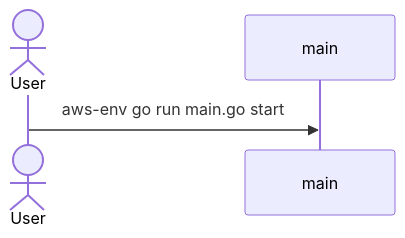
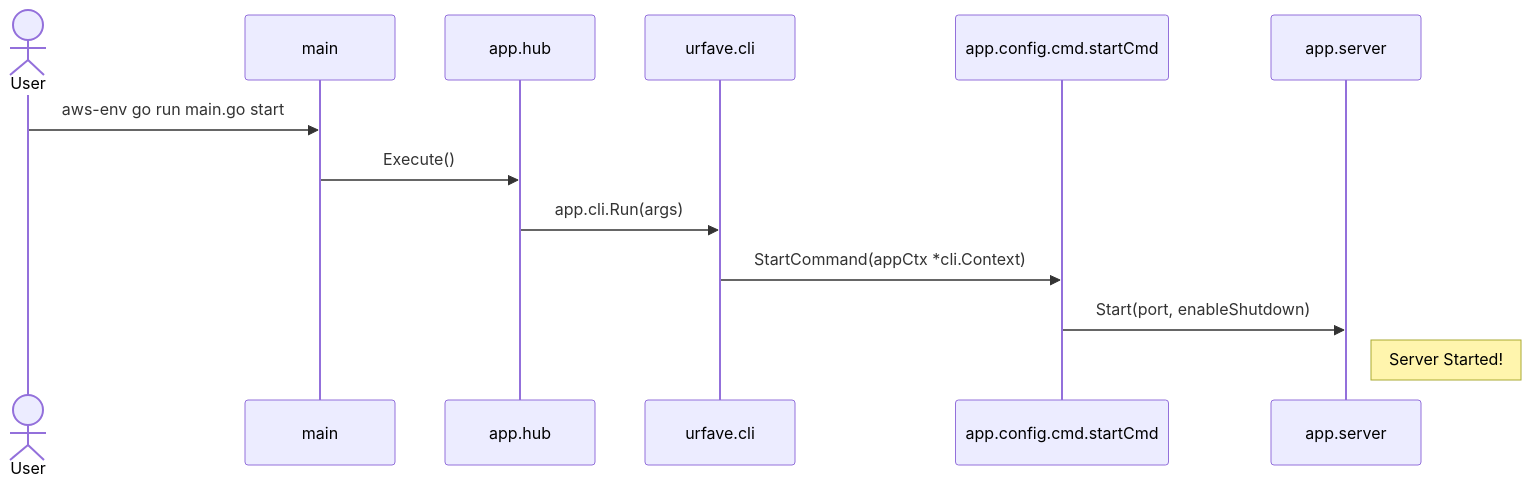
One commit to rajasoun/aws-hub changed the diagram in test/e2e/raja/e2e.md. Above: the diagram before and after it, drawn with Mermaid. The commit also changed 2 other files, not shown here.

Commit message:
refactoring(tests) : server startup flow

````diff
--- a/test/e2e/raja/e2e.md
+++ b/test/e2e/raja/e2e.md
@@ -1,5 +1,12 @@
-```mermaid 
+```mermaid
+
 sequenceDiagram
 	actor User
-	User ->> main : aws-env go run main.go start 
+		User  ->>  main : aws-env go run main.go start 
+		main  ->>  app.hub : Execute() 
+		app.hub  ->>  urfave.cli : app.cli.Run(args) 
+		urfave.cli  ->>  app.config.cmd.startCmd : StartCommand(appCtx *cli.Context) 
+		app.config.cmd.startCmd  ->>  app.server : Start(port, enableShutdown) 
+		Note right of app.server: Server Started!
+
 ```
````
